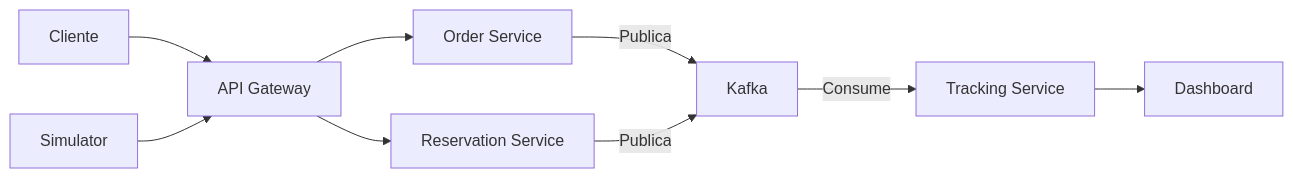
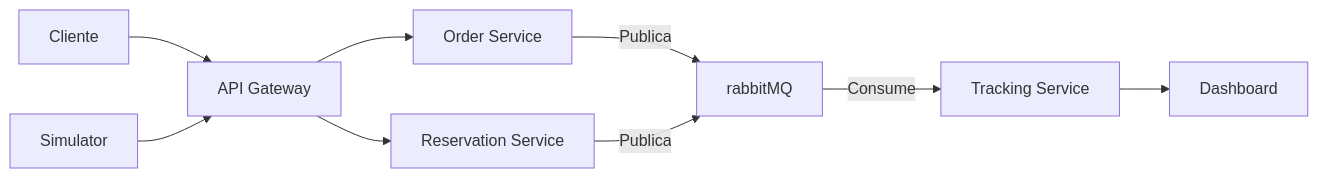
The diagram in README.md (0xleonz/gourmetHub), drawn with Mermaid before and after one commit. The commit also changed other lines of this file and 22 other files, not shown here.

````diff
--- a/README.md
+++ b/README.md
@@ -13,11 +13,11 @@
 ```mermaid
 graph LR
     A[Cliente] --> B[API Gateway]
     B --> C[Order Service]
     B --> D[Reservation Service]
-    C -->|Publica| K[Kafka]
-    D -->|Publica| K[Kafka]
+    C -->|Publica| K[rabbitMQ]
+    D -->|Publica| K[rabbitMQ]
     K -->|Consume| E[Tracking Service]
     E --> G[Dashboard]
     H[Simulator] --> B
 ```
````
